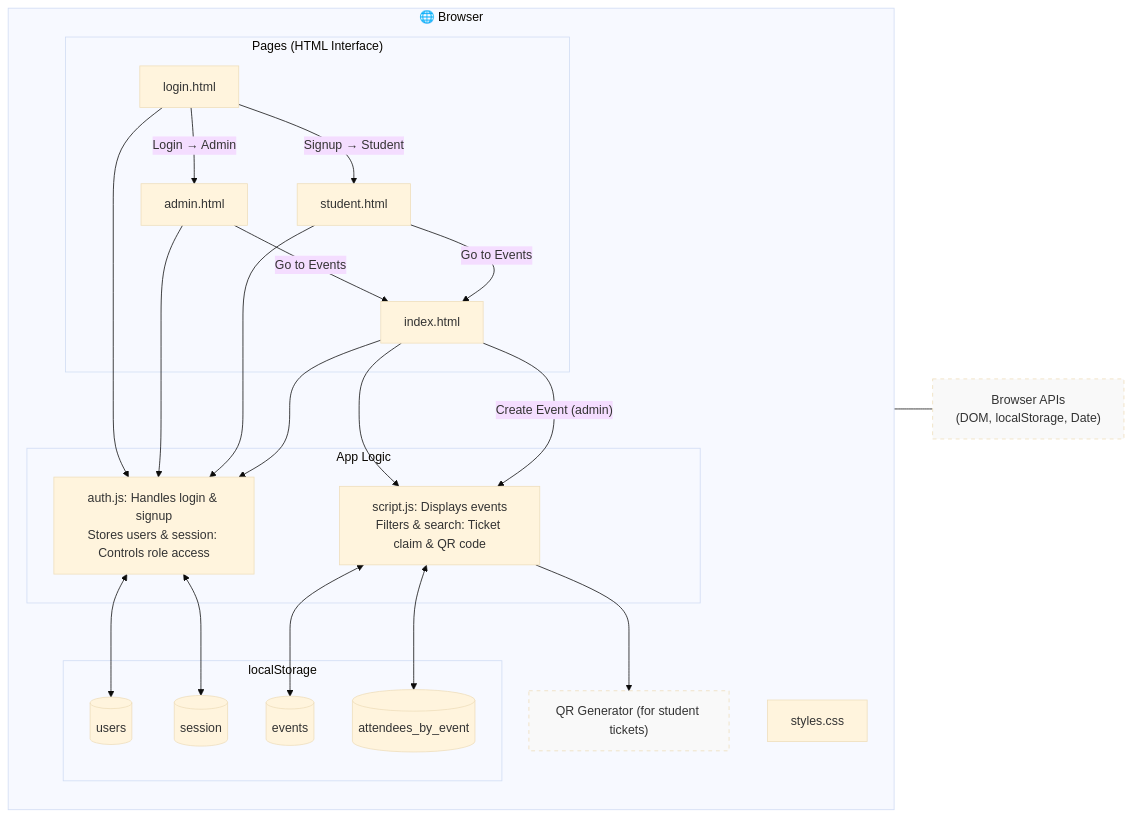
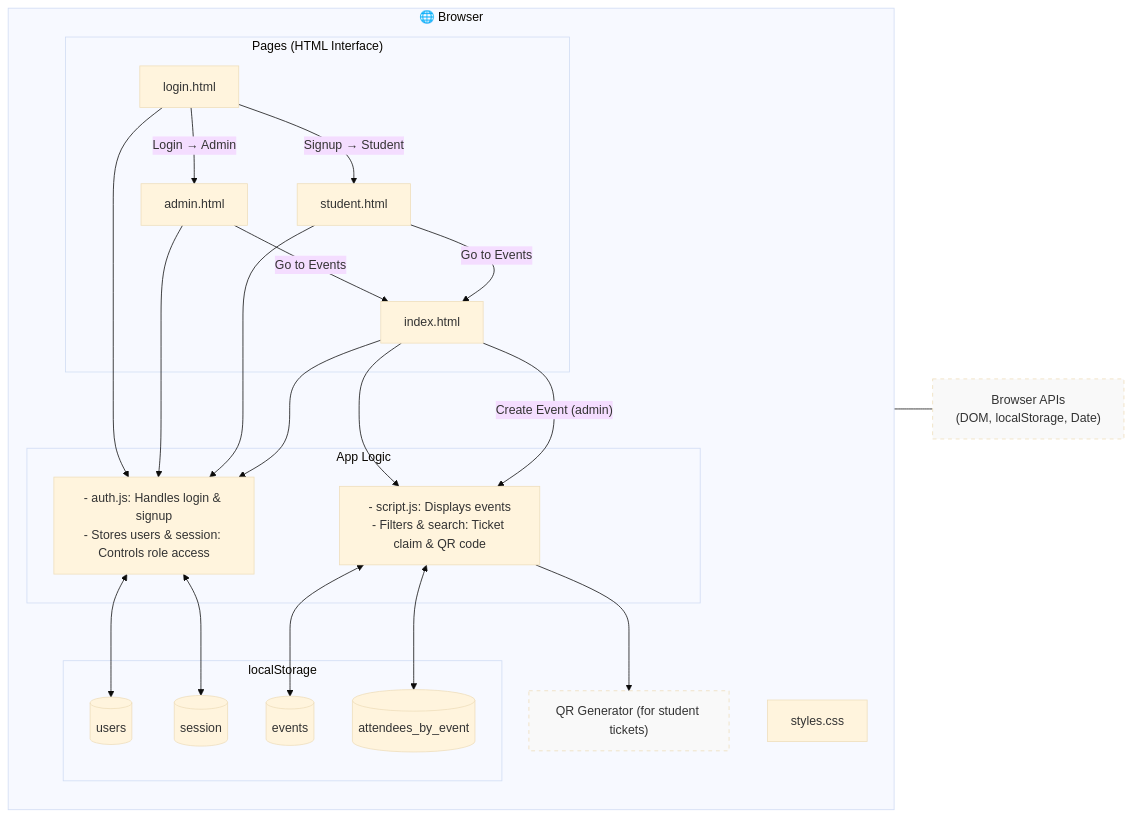
One commit to MarcElHaddad1/SOEN-341 changed the diagram in block_diagram.mmd. Above: the diagram before and after it, drawn with Mermaid (base theme).

```diff
--- a/block_diagram.mmd
+++ b/block_diagram.mmd
@@ -1,64 +1,64 @@
 flowchart LR
   %% ========== MAIN APP ==========
   subgraph Browser["🌐 Browser "]
     
     %% Pages Layer
     subgraph Pages[" Pages (HTML Interface)"]
       L[login.html]
       A[admin.html]
       S[student.html]
       I[index.html]
     end
 
     %% Logic Layer
     subgraph Logic[" App Logic "]
-      AUTH["auth.js: Handles login & signup
-Stores users & session: Controls role access"]
-      SCR["script.js: Displays events
-Filters & search: Ticket claim & QR code"]
+      AUTH["- auth.js: Handles login & signup
+- Stores users & session: Controls role access"]
+      SCR["- script.js: Displays events
+- Filters & search: Ticket claim & QR code"]
     end
 
     %% Data Layer
     subgraph Data[" localStorage "]
       USERS[(users)]
       SESSION[(session)]
       EVENTS[(events)]
       ATTENDEES[(attendees_by_event)]
     end
 
     %% Styling
     STY[styles.css]
 
     %% Page connections
     L --> AUTH
     A --> AUTH
     S --> AUTH
     I --> AUTH
     I --> SCR
 
     %% Logic <-> Data
     AUTH <--> USERS
     AUTH <--> SESSION
     SCR  <--> EVENTS
     SCR  <--> ATTENDEES
 
     %% Navigation flow
     L -- "Login → Admin" --> A
     L -- "Signup → Student" --> S
     A -- "Go to Events" --> I
     S -- "Go to Events" --> I
 
     %% Admin-only function
     I -- "Create Event (admin)" --> SCR
 
     %% Utility
     QR["QR Generator (for student tickets)"]:::util
     SCR --> QR
 
     classDef util stroke-dasharray:5 5, fill:#f9f9f9;
   end
 
   %% External dependencies
   BAPI["Browser APIs 
 (DOM, localStorage, Date)"]:::util
   Browser --- BAPI
```
